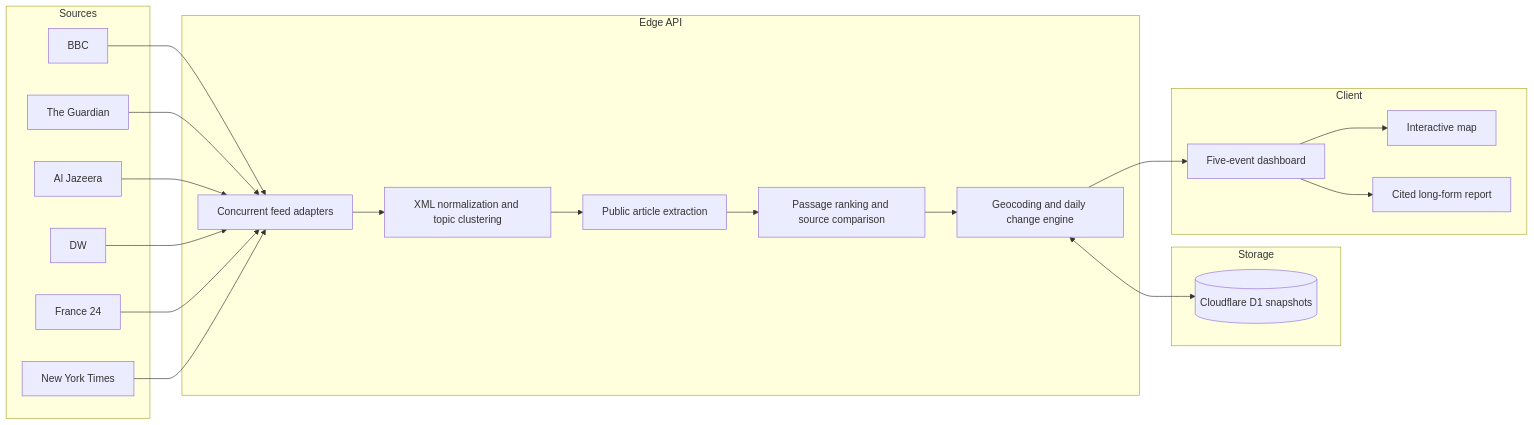
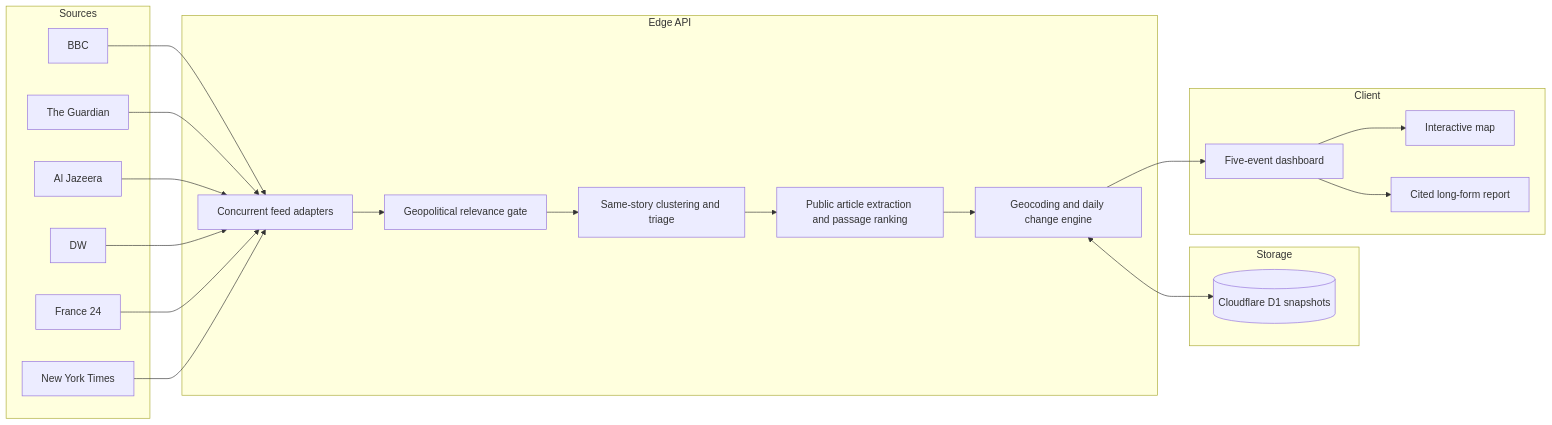
Before and after one commit to FixedChannel567/opsbriefing: the diagram in README.md, drawn with Mermaid. The commit also changed other lines of this file and 1 other file, not shown here.

Commit message:
Document same-story relevance rules

````diff
--- a/README.md
+++ b/README.md
@@ -30,35 +31,35 @@
 ```mermaid
 flowchart LR
   subgraph Sources
     A1[BBC]
     A2[The Guardian]
     A3[Al Jazeera]
     A4[DW]
     A5[France 24]
     A6[New York Times]
   end
 
   subgraph Edge API
     B[Concurrent feed adapters]
-    C[XML normalization and topic clustering]
-    D[Public article extraction]
-    E[Passage ranking and source comparison]
+    C[Geopolitical relevance gate]
+    D[Same-story clustering and triage]
+    E[Public article extraction and passage ranking]
     F[Geocoding and daily change engine]
   end
 
   subgraph Storage
     G[(Cloudflare D1 snapshots)]
   end
 
   subgraph Client
     H[Five-event dashboard]
     I[Interactive map]
     J[Cited long-form report]
   end
 
   A1 & A2 & A3 & A4 & A5 & A6 --> B
   B --> C --> D --> E --> F
   F <--> G
   F --> H
   H --> I & J
 ```
````
